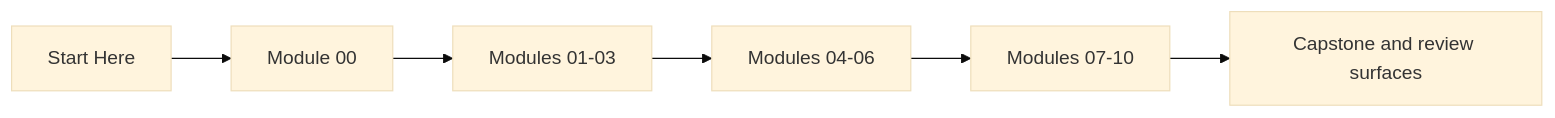
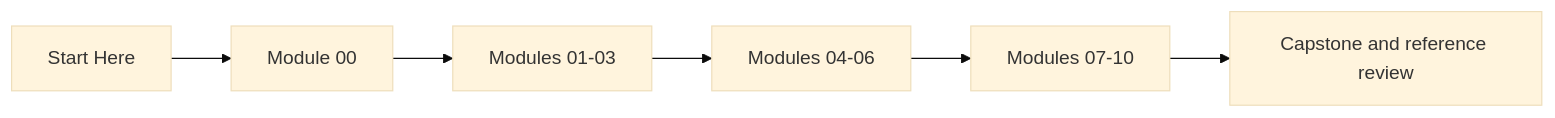
Before and after one commit to bijux/bijux-masterclass: the diagram in programs/reproducible-research/deep-dive-snakemake/course-book/guides/course-guide.md, drawn with Mermaid (base theme). The commit also changed other lines of this file and 2 other files, not shown here.

````diff
--- a/programs/reproducible-research/deep-dive-snakemake/course-book/guides/course-guide.md
+++ b/programs/reproducible-research/deep-dive-snakemake/course-book/guides/course-guide.md
@@ -54,8 +53,8 @@
 ```mermaid
 flowchart LR
   start["Start Here"] --> orient["Module 00"]
   orient --> early["Modules 01-03"]
   early --> middle["Modules 04-06"]
   middle --> late["Modules 07-10"]
-  late --> capstone["Capstone and review surfaces"]
+  late --> capstone["Capstone and reference review"]
 ```
````
